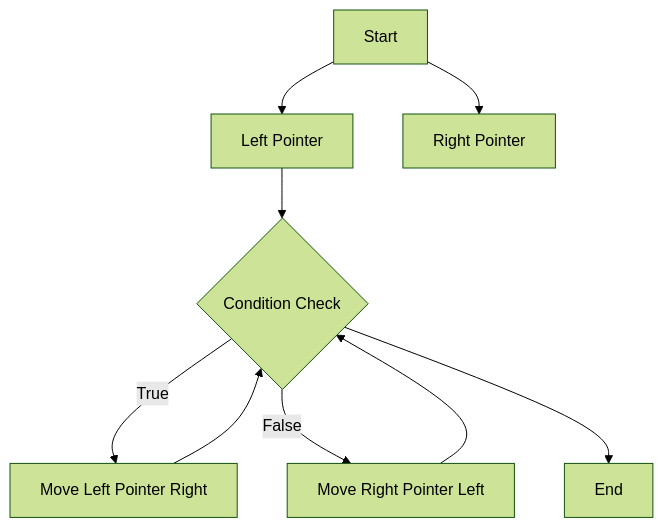
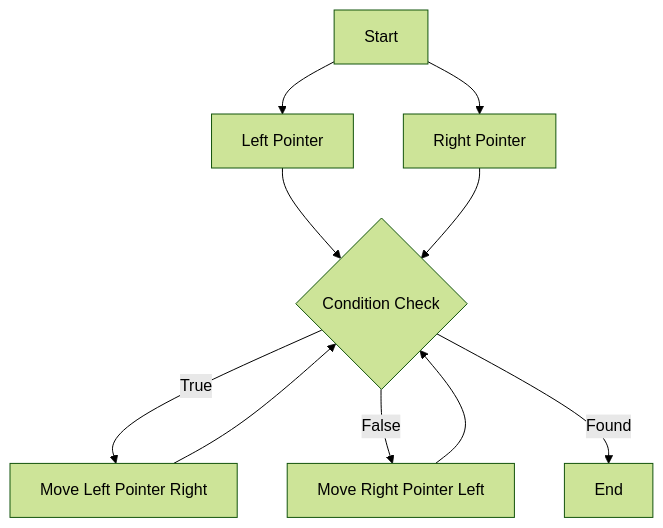
Before and after one commit to 42jerrykim/42jerrykim.github.io: the second of 7 diagrams in content/post/2024/2024-10-16-two-pointers/index.md, drawn with Mermaid (forest theme). The commit also changed other lines of this file and 239 other files, not shown here.

````diff
--- a/content/post/2024/2024-10-16-two-pointers/index.md
+++ b/content/post/2024/2024-10-16-two-pointers/index.md
@@ -124,11 +202,12 @@
 ```mermaid
-graph TD;
-    A[Start] --> B[Left Pointer]
-    A --> C[Right Pointer]
-    B --> D{Condition Check}
-    D -->|True| E[Move Left Pointer Right]
-    D -->|False| F[Move Right Pointer Left]
-    E --> D
-    F --> D
-    D --> G[End]
+flowchart TD
+    startNode["Start"] --> leftPtr["Left Pointer"]
+    startNode --> rightPtr["Right Pointer"]
+    leftPtr --> condCheck{"Condition Check"}
+    rightPtr --> condCheck
+    condCheck -->|"True"| moveLeft["Move Left Pointer Right"]
+    condCheck -->|"False"| moveRight["Move Right Pointer Left"]
+    moveLeft --> condCheck
+    moveRight --> condCheck
+    condCheck -->|"Found"| endNode["End"]
 ```
````
